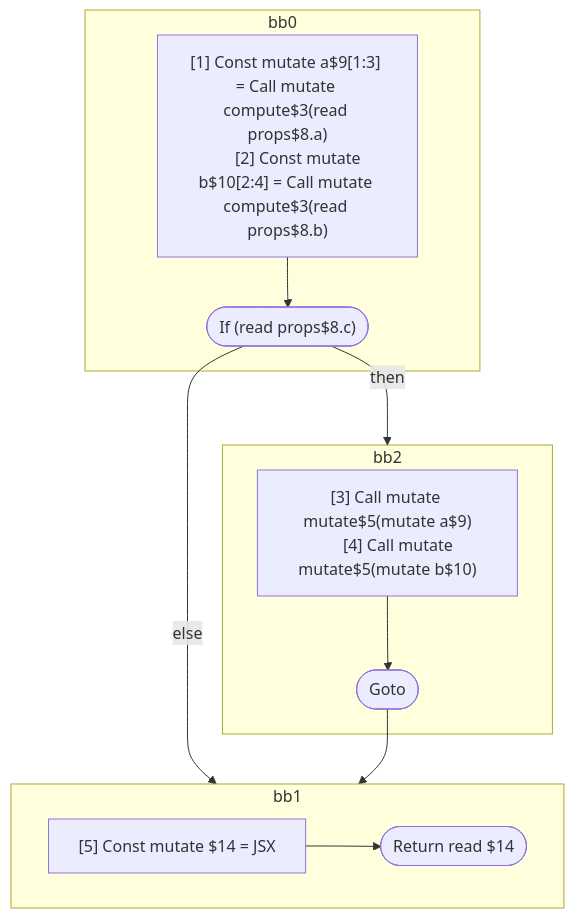
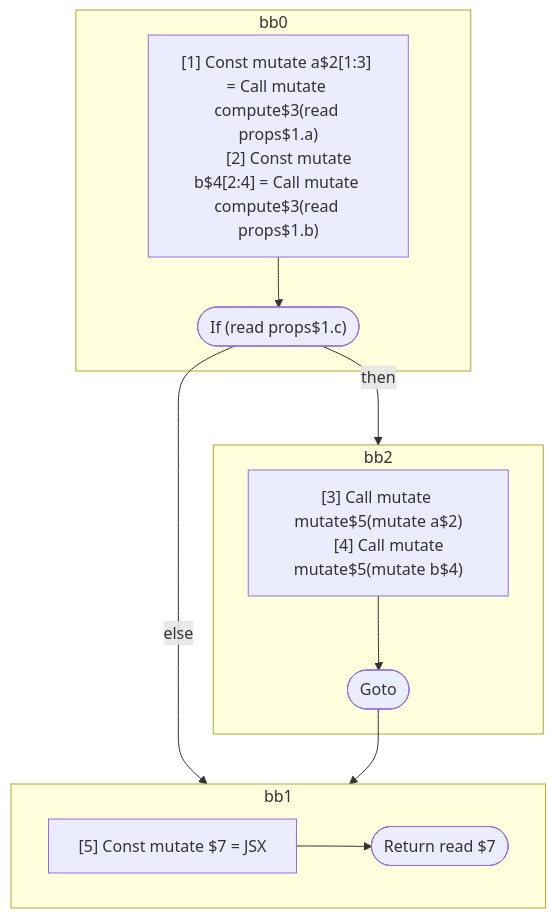
One commit to wutsmog/private changed the fifth of 5 diagrams in compiler/forget/src/__tests__/fixtures/hir/independent-across-if.expect.md. Above: the diagram before and after it, drawn with Mermaid. The commit also changed other lines of this file and 57 other files, not shown here.

````diff
--- a/compiler/forget/src/__tests__/fixtures/hir/independent-across-if.expect.md
+++ b/compiler/forget/src/__tests__/fixtures/hir/independent-across-if.expect.md
@@ -168,30 +168,30 @@
 ```mermaid
 flowchart TB
   %% Basic Blocks
   subgraph bb0
     bb0_instrs["
-      [1] Const mutate a$9[1:3] = Call mutate compute$3(read props$8.a)
-      [2] Const mutate b$10[2:4] = Call mutate compute$3(read props$8.b)
+      [1] Const mutate a$2[1:3] = Call mutate compute$3(read props$1.a)
+      [2] Const mutate b$4[2:4] = Call mutate compute$3(read props$1.b)
     "]
-    bb0_instrs --> bb0_terminal(["If (read props$8.c)"])
+    bb0_instrs --> bb0_terminal(["If (read props$1.c)"])
   end
   subgraph bb2
     bb2_instrs["
-      [3] Call mutate mutate$5(mutate a$9)
-      [4] Call mutate mutate$5(mutate b$10)
+      [3] Call mutate mutate$5(mutate a$2)
+      [4] Call mutate mutate$5(mutate b$4)
     "]
     bb2_instrs --> bb2_terminal(["Goto"])
   end
   subgraph bb1
     bb1_instrs["
-      [5] Const mutate $14 = JSX <read Foo$6 a={freeze a$9} b={freeze b$10} ></read Foo$6>
+      [5] Const mutate $7 = JSX <read Foo$6 a={freeze a$2} b={freeze b$4} ></read Foo$6>
     "]
-    bb1_instrs --> bb1_terminal(["Return read $14"])
+    bb1_instrs --> bb1_terminal(["Return read $7"])
   end
 
   %% Jumps
   bb0_terminal -- then --> bb2
   bb0_terminal -- else --> bb1
   bb2_terminal --> bb1
 
 ```
````
